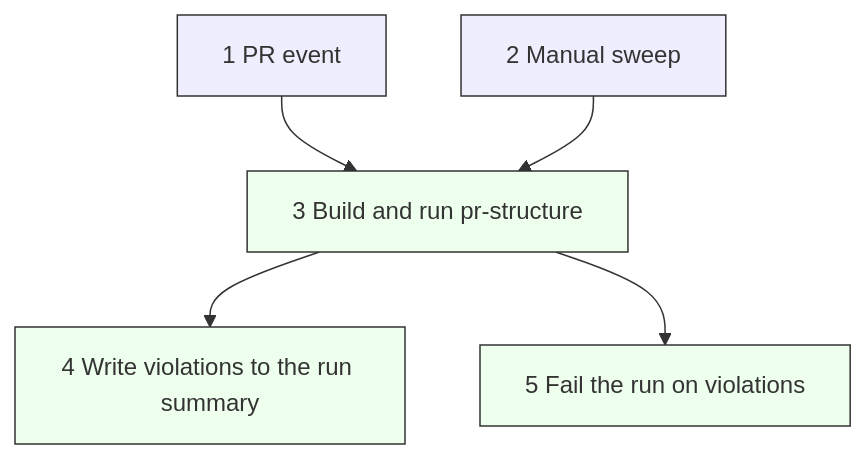
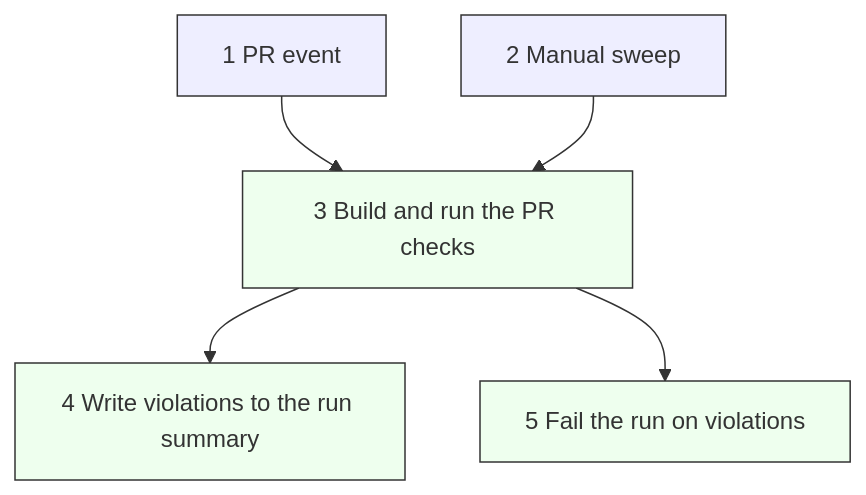
One commit to may-journal/fitness-runner changed the second of 3 diagrams in .github/workflows/README.md. Above: the diagram before and after it, drawn with Mermaid. The commit also changed other lines of this file and 19 other files, not shown here.

````diff
--- a/.github/workflows/README.md
+++ b/.github/workflows/README.md
@@ -59,14 +59,14 @@
 ```mermaid
 flowchart TD
     A[1 PR event]:::trigger
     B[2 Manual sweep]:::trigger
-    C[3 Build and run pr-structure]:::step
+    C[3 Build and run the PR checks]:::step
     D[4 Write violations to the run summary]:::step
     E[5 Fail the run on violations]:::step
     A --> C
     B --> C
     C --> D
     C --> E
     classDef trigger fill:#eef,stroke:#333
     classDef step fill:#efe,stroke:#333
 ```
````
